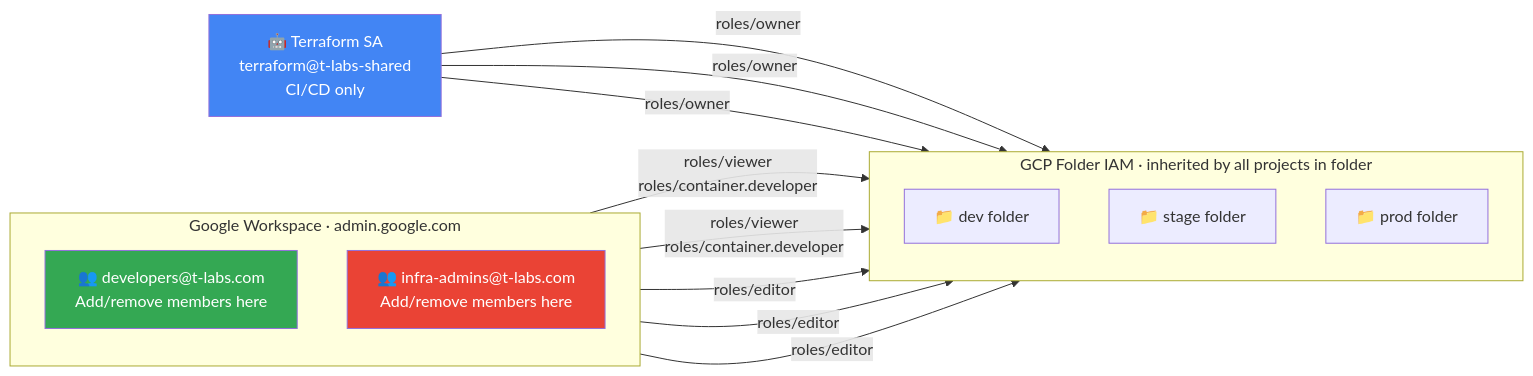
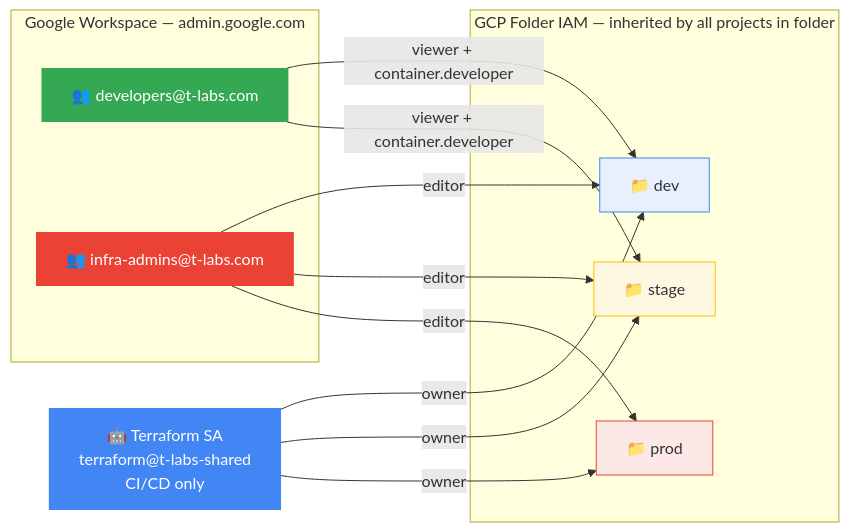
Before and after one commit to arpeetk/t-labs: the second of 4 diagrams in README.md, drawn with Mermaid. The commit also changed other lines of this file, not shown here.

First line of the commit message:
Update README: reflect current architecture, add tld CLI docs

````diff
--- a/README.md
+++ b/README.md
@@ -46,31 +59,29 @@
 ```mermaid
 graph LR
-    subgraph GWS["Google Workspace · admin.google.com"]
-        direction TB
-        DG["👥 developers@t-labs.com<br/>Add/remove members here"]
-        IG["👥 infra-admins@t-labs.com<br/>Add/remove members here"]
+    subgraph GWS["Google Workspace — admin.google.com"]
+        DG["👥 developers@t-labs.com"]
+        IG["👥 infra-admins@t-labs.com"]
     end
 
-    subgraph FOLDERS["GCP Folder IAM · inherited by all projects in folder"]
-        direction TB
-        FD["📁 dev folder"]
-        FST["📁 stage folder"]
-        FP["📁 prod folder"]
+    subgraph FOLDERS["GCP Folder IAM — inherited by all projects in folder"]
+        FD["📁 dev"]
+        FST["📁 stage"]
+        FP["📁 prod"]
     end
 
-    DG -->|"roles/viewer<br/>roles/container.developer"| FD
-    DG -->|"roles/viewer<br/>roles/container.developer"| FST
+    DG  -->|"viewer + container.developer"| FD
+    DG  -->|"viewer + container.developer"| FST
+    IG  -->|"editor"| FD & FST & FP
 
-    IG -->|"roles/editor"| FD
-    IG -->|"roles/editor"| FST
-    IG -->|"roles/editor"| FP
+    TF["🤖 Terraform SA
+    terraform@t-labs-shared
+    CI/CD only"]
+    TF  -->|"owner"| FD & FST & FP
 
-    TF["🤖 Terraform SA<br/>terraform@t-labs-shared<br/>CI/CD only"]
-    TF -->|"roles/owner"| FD
-    TF -->|"roles/owner"| FST
-    TF -->|"roles/owner"| FP
-
-    style DG fill:#34a853,color:#fff
-    style IG fill:#ea4335,color:#fff
-    style TF fill:#4285F4,color:#fff
+    style DG fill:#34a853,color:#fff,stroke:none
+    style IG fill:#ea4335,color:#fff,stroke:none
+    style TF fill:#4285F4,color:#fff,stroke:none
+    style FD  fill:#e8f0fe,stroke:#4285F4
+    style FST fill:#fff8e1,stroke:#fbbc04
+    style FP  fill:#fce8e6,stroke:#ea4335
 ```
````
